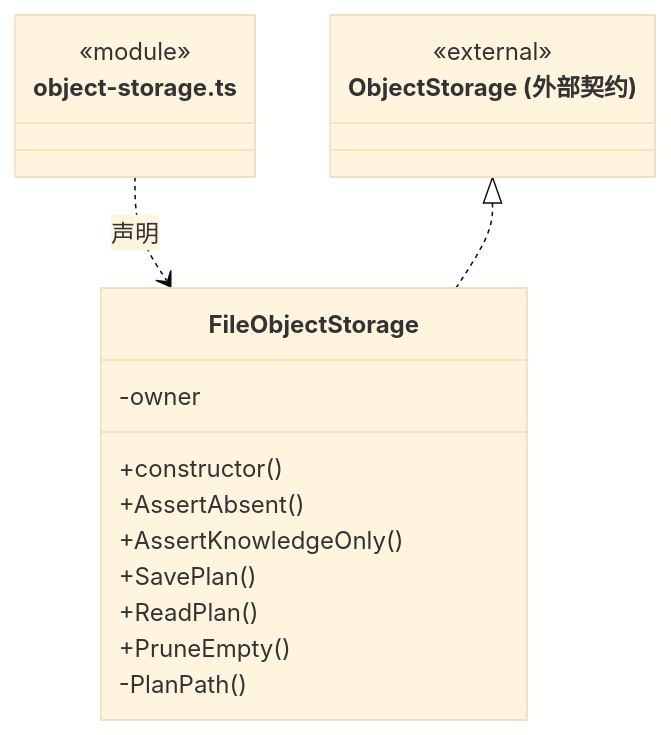
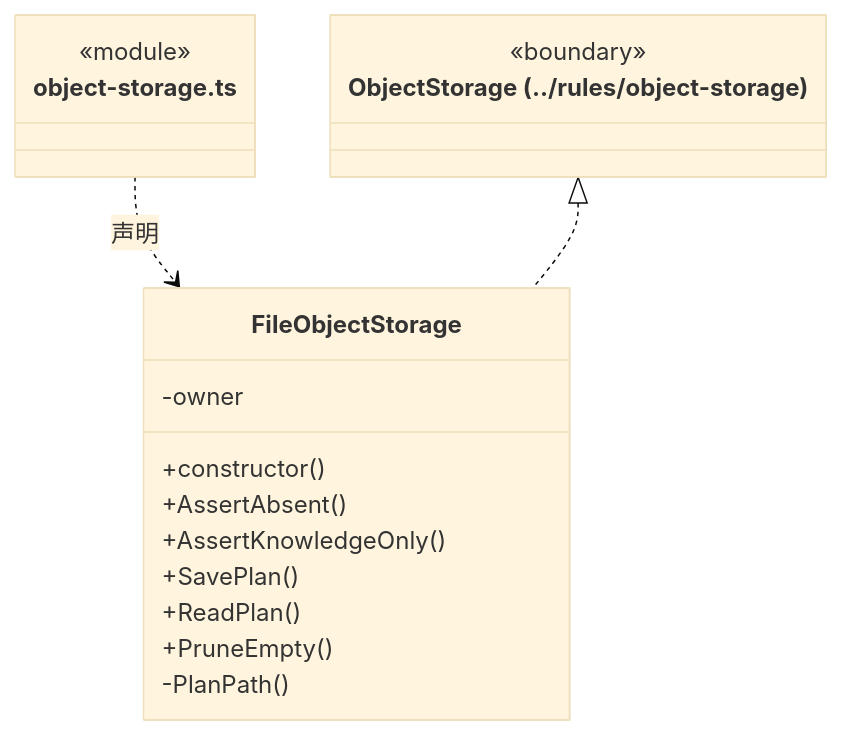
Before and after one commit to nan023062/cbim: the fifth of 9 diagrams in src/logic/knowledge/storage/ARCHITECTURE.md, drawn with Mermaid (base theme). The commit also changed other lines of this file and 112 other files, not shown here.

Commit message:
docs: align source architecture with current declarations and contracts

````diff
--- a/src/logic/knowledge/storage/ARCHITECTURE.md
+++ b/src/logic/knowledge/storage/ARCHITECTURE.md
@@ -232,21 +232,21 @@
 ```mermaid
 classDiagram
 class N_src_logic_knowledge_storage_object_storage_ts["object-storage.ts"] {
   <<module>>
 }
 class N_src_logic_knowledge_storage_object_storage_ts_FileObjectStorage["FileObjectStorage"] {
   +constructor()
   +AssertAbsent()
   +AssertKnowledgeOnly()
   +SavePlan()
   +ReadPlan()
   +PruneEmpty()
   -owner
   -PlanPath()
 }
 N_src_logic_knowledge_storage_object_storage_ts ..> N_src_logic_knowledge_storage_object_storage_ts_FileObjectStorage : 声明
-class N_src_logic_knowledge_storage_object_storage_ts_external_ObjectStorage["ObjectStorage (外部契约)"] {
-  <<external>>
+class N_src_logic_knowledge_storage_object_storage_ts_external_ObjectStorage["ObjectStorage (../rules/object-storage)"] {
+  <<boundary>>
 }
 N_src_logic_knowledge_storage_object_storage_ts_external_ObjectStorage <|.. N_src_logic_knowledge_storage_object_storage_ts_FileObjectStorage
 ```
````
